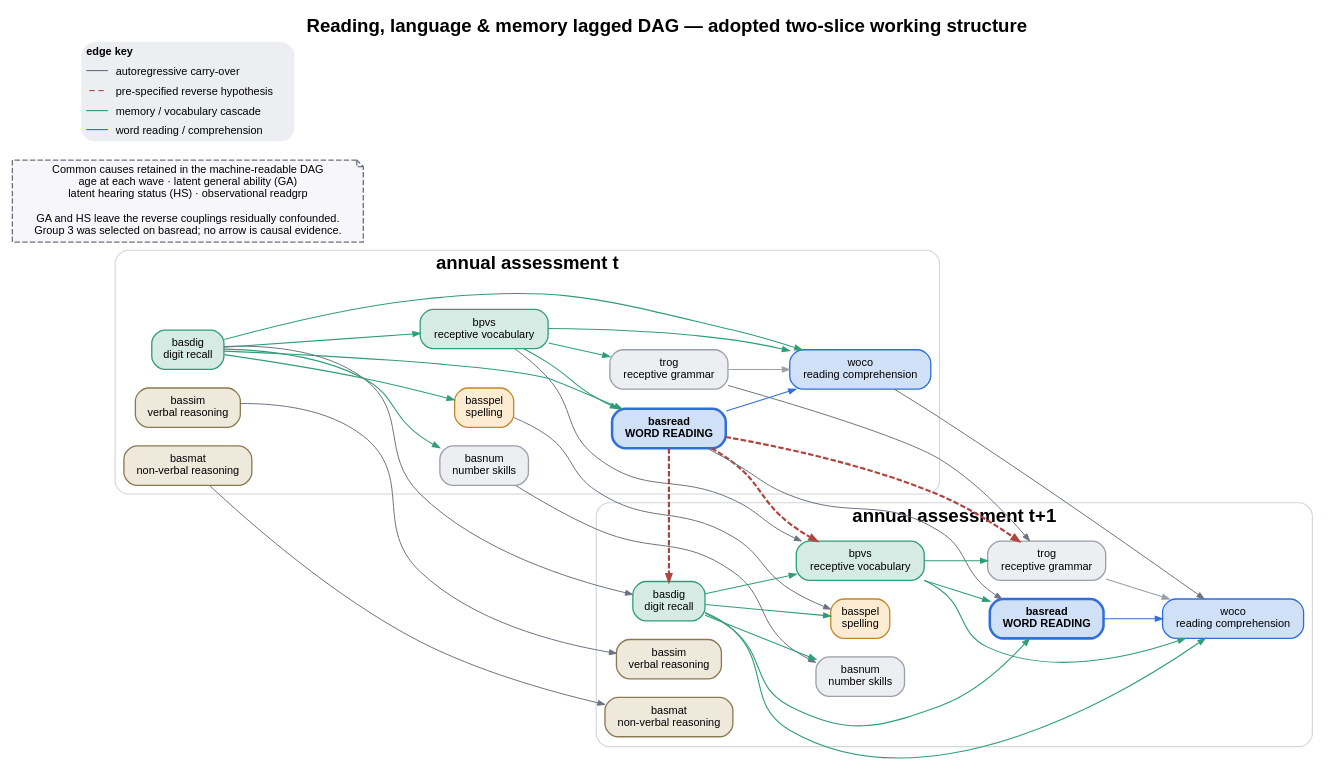
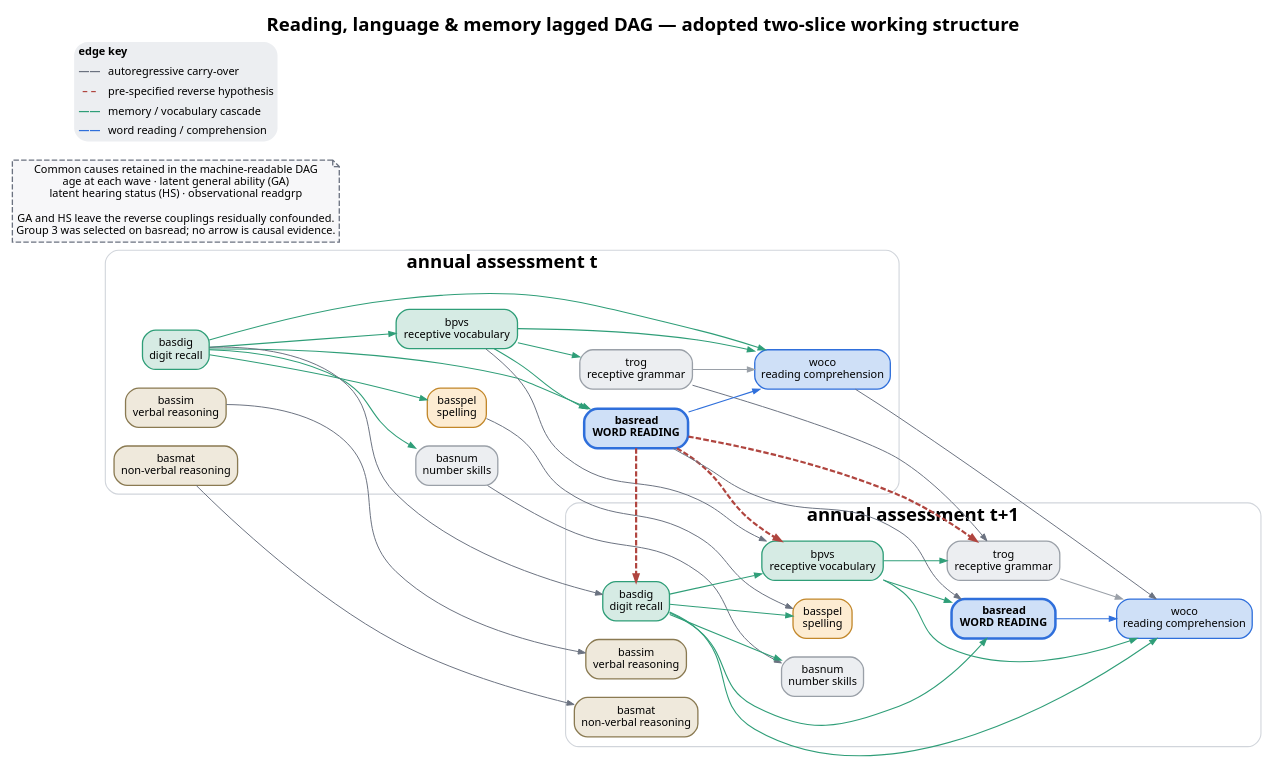
Before and after one commit to dseinternational/language-reading-predictors: the diagram in dag/dag-reading-language-memory-lagged.dot, drawn with Graphviz. The commit also changed 405 other files, not shown here.

Commit message:
feat(reports): upgrade research utils to 0.16.0 and use Noto Sans and Noto Sans Math throughout (#694)

```diff
--- a/dag/dag-reading-language-memory-lagged.dot
+++ b/dag/dag-reading-language-memory-lagged.dot
@@ -1,96 +1,96 @@
 // SPDX-License-Identifier: CC-BY-4.0
 // Note: Drafted by a LLM-based AI tool (Codex/GPT-5).
 digraph RLM_LAGGED_DAG {
   rankdir=LR;
   bgcolor="white";
   labelloc="t";
-  fontname="Helvetica-Bold";
+  fontname="Noto Sans,sans-serif";
   fontsize=17;
-  label="Reading, language & memory lagged DAG — adopted two-slice working structure";
+  label=<<B>Reading, language &amp; memory lagged DAG — adopted two-slice working structure</B>>;
   nodesep=0.24;
   ranksep=0.72;
   concentrate=false;
   splines=true;
-  node [shape=box, style="rounded,filled", fontname="Helvetica", fontsize=10,
+  node [shape=box, style="rounded,filled", fontname="Noto Sans,sans-serif", fontsize=10,
         margin="0.10,0.05", penwidth=1.2, color="#9aa0a8", fillcolor="#eceef1"];
   edge [penwidth=1.0, arrowsize=0.65, color="#9aa0a8"];
 
   subgraph cluster_t {
-    label="annual assessment t";
+    label=<<B>annual assessment t</B>>;
     color="#d1d5db";
     style="rounded";
     basdig_t  [label="basdig\ndigit recall", fillcolor="#d6ebe4", color="#2f9e78"];
     bpvs_t    [label="bpvs\nreceptive vocabulary", fillcolor="#d6ebe4", color="#2f9e78"];
     trog_t    [label="trog\nreceptive grammar"];
-    basread_t [label="basread\nWORD READING", fillcolor="#cfe0f7", color="#2f6fdb", penwidth=2.3, fontname="Helvetica-Bold"];
+    basread_t [label=<<TABLE BORDER="0" CELLSPACING="0" CELLPADDING="0"><TR><TD><B>basread</B></TD></TR><TR><TD><B>WORD READING</B></TD></TR></TABLE>>, fillcolor="#cfe0f7", color="#2f6fdb", penwidth=2.3];
     woco_t    [label="woco\nreading comprehension", fillcolor="#cfe0f7", color="#2f6fdb"];
     basspel_t [label="basspel\nspelling", fillcolor="#fdecd2", color="#c2872a"];
     basnum_t  [label="basnum\nnumber skills"];
     bassim_t  [label="bassim\nverbal reasoning", fillcolor="#efe9dc", color="#8a7a52"];
     basmat_t  [label="basmat\nnon-verbal reasoning", fillcolor="#efe9dc", color="#8a7a52"];
 
     edge [color="#2f9e78"];
     basdig_t -> {bpvs_t basread_t basspel_t basnum_t woco_t};
     bpvs_t -> {trog_t basread_t woco_t};
     edge [color="#9aa0a8"];
     trog_t -> woco_t;
     edge [color="#2f6fdb"];
     basread_t -> woco_t;
   }
 
   subgraph cluster_t1 {
-    label="annual assessment t+1";
+    label=<<B>annual assessment t+1</B>>;
     color="#d1d5db";
     style="rounded";
     basdig_t1  [label="basdig\ndigit recall", fillcolor="#d6ebe4", color="#2f9e78"];
     bpvs_t1    [label="bpvs\nreceptive vocabulary", fillcolor="#d6ebe4", color="#2f9e78"];
     trog_t1    [label="trog\nreceptive grammar"];
-    basread_t1 [label="basread\nWORD READING", fillcolor="#cfe0f7", color="#2f6fdb", penwidth=2.3, fontname="Helvetica-Bold"];
+    basread_t1 [label=<<TABLE BORDER="0" CELLSPACING="0" CELLPADDING="0"><TR><TD><B>basread</B></TD></TR><TR><TD><B>WORD READING</B></TD></TR></TABLE>>, fillcolor="#cfe0f7", color="#2f6fdb", penwidth=2.3];
     woco_t1    [label="woco\nreading comprehension", fillcolor="#cfe0f7", color="#2f6fdb"];
     basspel_t1 [label="basspel\nspelling", fillcolor="#fdecd2", color="#c2872a"];
     basnum_t1  [label="basnum\nnumber skills"];
     bassim_t1  [label="bassim\nverbal reasoning", fillcolor="#efe9dc", color="#8a7a52"];
     basmat_t1  [label="basmat\nnon-verbal reasoning", fillcolor="#efe9dc", color="#8a7a52"];
 
     edge [color="#2f9e78"];
     basdig_t1 -> {bpvs_t1 basread_t1 basspel_t1 basnum_t1 woco_t1};
     bpvs_t1 -> {trog_t1 basread_t1 woco_t1};
     edge [color="#9aa0a8"];
     trog_t1 -> woco_t1;
     edge [color="#2f6fdb"];
     basread_t1 -> woco_t1;
   }
 
   // Autoregressive carry-over. The detailed age/GA/HS/readgrp common-cause
   // edges remain in the .dagitty source of truth and are summarised below.
   edge [color="#6b7280", penwidth=0.9];
   bassim_t -> bassim_t1;
   basmat_t -> basmat_t1;
   basdig_t -> basdig_t1;
   basnum_t -> basnum_t1;
   bpvs_t -> bpvs_t1;
   trog_t -> trog_t1;
   basread_t -> basread_t1;
   basspel_t -> basspel_t1;
   woco_t -> woco_t1;
 
   // The primary-source reverse hypotheses.
   edge [color="#b0453f", penwidth=2.0, style=dashed];
   basread_t -> bpvs_t1;
   basread_t -> trog_t1;
   basread_t -> basdig_t1;
 
   COMMON [shape=note, style="filled,dashed", fillcolor="#f7f7f9", color="#6b7280",
           label="Common causes retained in the machine-readable DAG\nage at each wave · latent general ability (GA)\nlatent hearing status (HS) · observational readgrp\n\nGA and HS leave the reverse couplings residually confounded.\nGroup 3 was selected on basread; no arrow is causal evidence."];
 
   LEG [shape=none, margin=0, label=<
     <table border="0" cellborder="0" cellspacing="1" cellpadding="3">
       <tr><td colspan="2" align="left"><b>edge key</b></td></tr>
       <tr><td><font color="#6b7280"><b>——</b></font></td><td align="left">autoregressive carry-over</td></tr>
       <tr><td><font color="#b0453f"><b>– –</b></font></td><td align="left">pre-specified reverse hypothesis</td></tr>
       <tr><td><font color="#2f9e78"><b>——</b></font></td><td align="left">memory / vocabulary cascade</td></tr>
       <tr><td><font color="#2f6fdb"><b>——</b></font></td><td align="left">word reading / comprehension</td></tr>
     </table>>];
 
   {rank=source; COMMON; LEG;}
 }
```
